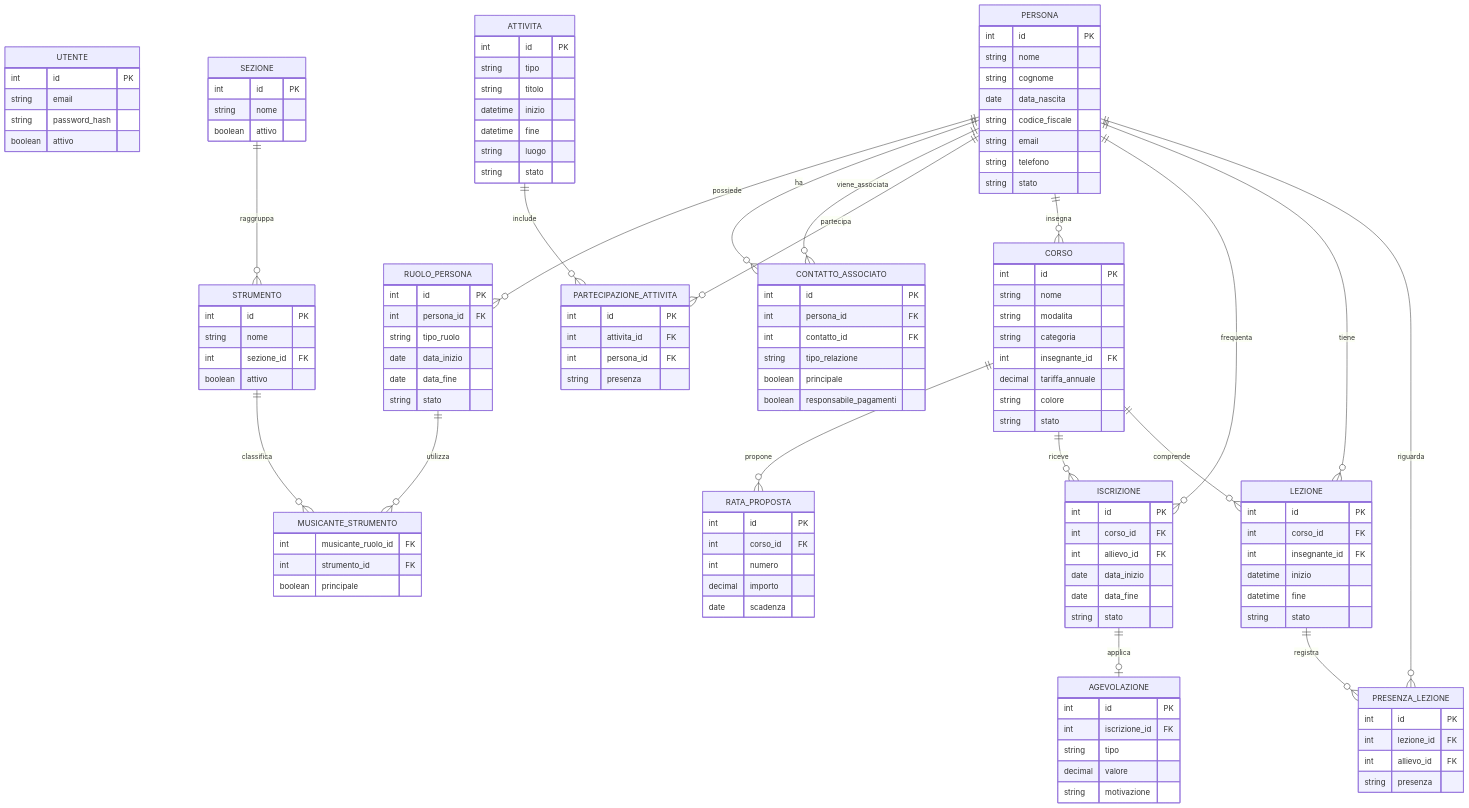
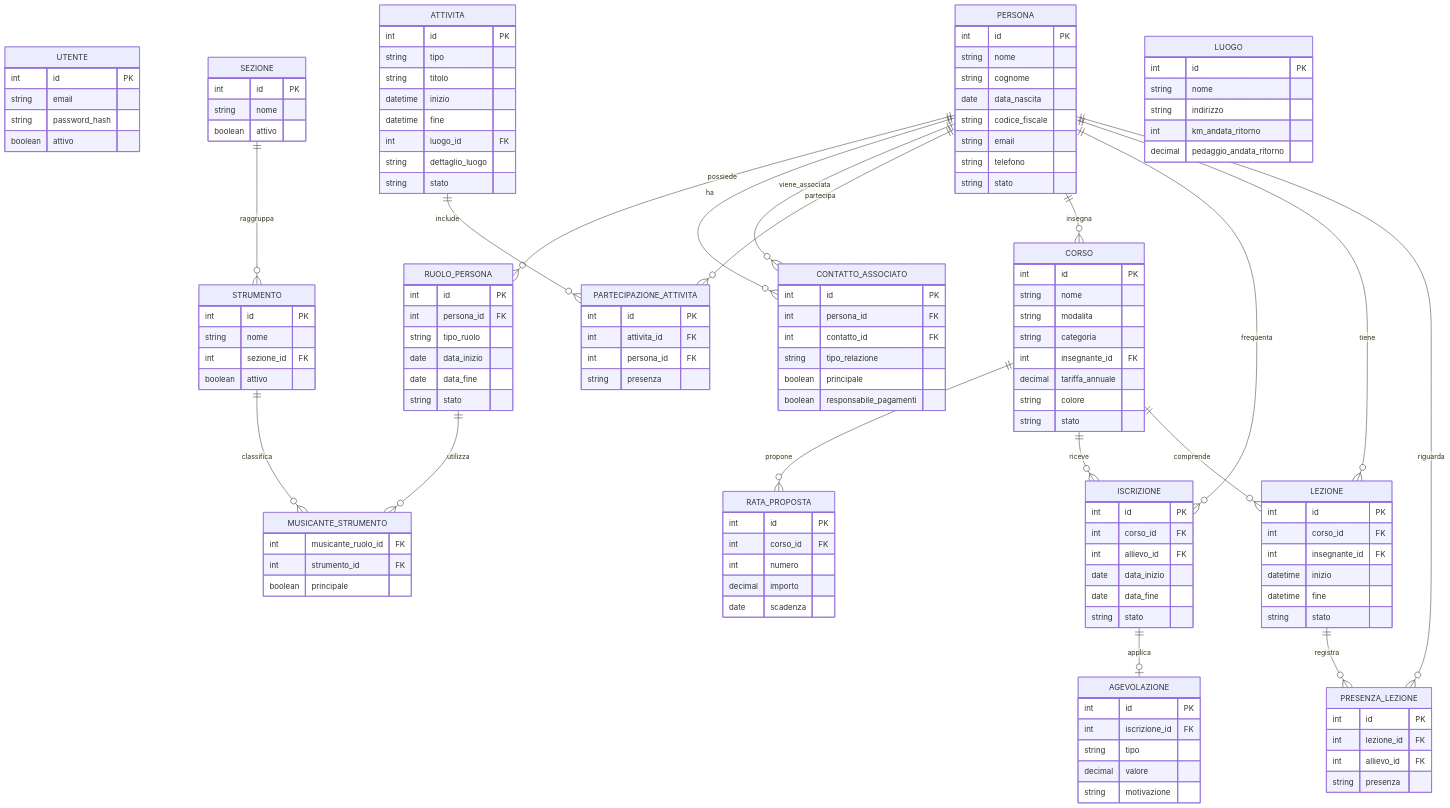
The diagram in docs/SPECIFICA_FUNZIONALE.md (sdemarch/Arsis), drawn with Mermaid before and after one commit. The commit also changed other lines of this file and 2 other files, not shown here.

```diff
--- a/docs/SPECIFICA_FUNZIONALE.md
+++ b/docs/SPECIFICA_FUNZIONALE.md
@@ -641,8 +656,17 @@
         string titolo
         datetime inizio
         datetime fine
-        string luogo
+        int luogo_id FK
+        string dettaglio_luogo
         string stato
+    }
+
+    LUOGO {
+        int id PK
+        string nome
+        string indirizzo
+        int km_andata_ritorno
+        decimal pedaggio_andata_ritorno
     }
 
     PARTECIPAZIONE_ATTIVITA {
```
